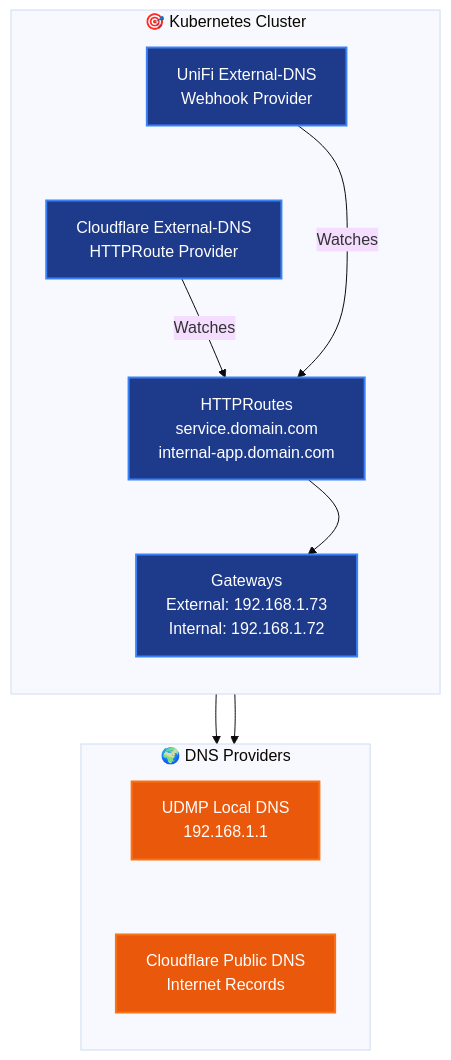
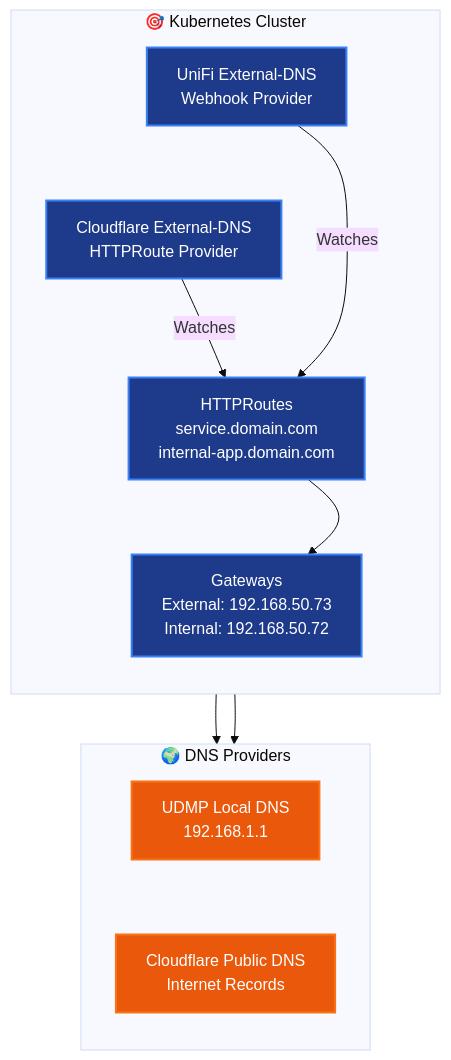
The second of 3 diagrams in docs/architecture/dns-architecture.md (rcdailey/home-ops), drawn with Mermaid (base theme) before and after one commit. The commit also changed other lines of this file and 20 other files, not shown here.

````diff
--- a/docs/architecture/dns-architecture.md
+++ b/docs/architecture/dns-architecture.md
@@ -64,37 +64,37 @@
 ```mermaid
 flowchart TD
     subgraph DNS["🌍 DNS Providers"]
         direction TB
         UDMP[UDMP Local DNS<br/>192.168.1.1]
         Cloudflare[Cloudflare Public DNS<br/>Internet Records]
 
         UDMP ~~~ Cloudflare
     end
 
     subgraph K8s["🎯 Kubernetes Cluster"]
         direction TB
         UniFiExtDNS[UniFi External-DNS<br/>Webhook Provider]
         CFExtDNS[Cloudflare External-DNS<br/>HTTPRoute Provider]
         HTTPRoutes[HTTPRoutes<br/>service.domain.com<br/>internal-app.domain.com]
-        Gateways[Gateways<br/>External: 192.168.1.73<br/>Internal: 192.168.1.72]
+        Gateways[Gateways<br/>External: 192.168.50.73<br/>Internal: 192.168.50.72]
 
         UniFiExtDNS ~~~ CFExtDNS
         CFExtDNS ~~~ HTTPRoutes
         HTTPRoutes ~~~ Gateways
     end
 
     UniFiExtDNS --> UDMP
     CFExtDNS --> Cloudflare
 
     UniFiExtDNS -->|Watches| HTTPRoutes
     CFExtDNS -->|Watches| HTTPRoutes
 
     HTTPRoutes --> Gateways
 
     %% Styling
     classDef k8s fill:#1e3a8a,stroke:#3b82f6,stroke-width:2px,color:#ffffff
     classDef dns fill:#ea580c,stroke:#f97316,stroke-width:2px,color:#ffffff
 
     class HTTPRoutes,Gateways,UniFiExtDNS,CFExtDNS k8s
     class UDMP,Cloudflare dns
 ```
````
